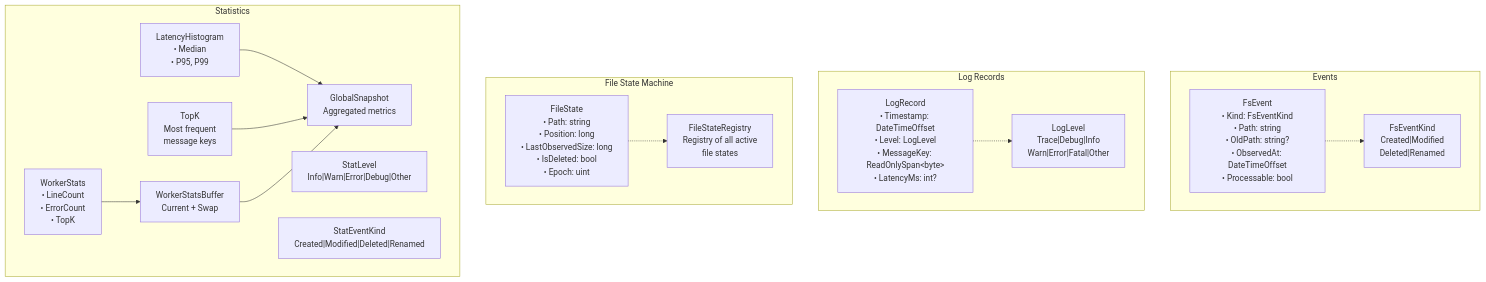
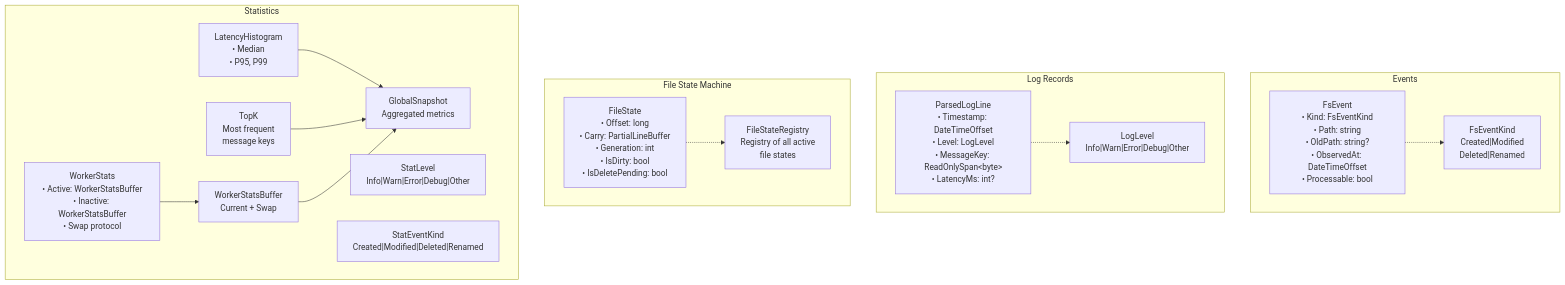
Before and after one commit to jvspeed74/LogWatcher: the third of 8 diagrams in docs/system_diagram.md, drawn with Mermaid. The commit also changed other lines of this file, not shown here.

First line of the commit message:
Fix pre-existing inaccuracies in system_diagram.md

````diff
--- a/docs/system_diagram.md
+++ b/docs/system_diagram.md
@@ -153,36 +153,36 @@
 ```mermaid
 graph TB
     subgraph Events["Events"]
         FEV["FsEvent<br/>• Kind: FsEventKind<br/>• Path: string<br/>• OldPath: string?<br/>• ObservedAt: DateTimeOffset<br/>• Processable: bool"]
         FEVK["FsEventKind<br/>Created|Modified<br/>Deleted|Renamed"]
     end
 
     subgraph Records["Log Records"]
-        LOGR["LogRecord<br/>• Timestamp: DateTimeOffset<br/>• Level: LogLevel<br/>• MessageKey: ReadOnlySpan&lt;byte&gt;<br/>• LatencyMs: int?"]
-        LOGLVL["LogLevel<br/>Trace|Debug|Info<br/>Warn|Error|Fatal|Other"]
+        LOGR["ParsedLogLine<br/>• Timestamp: DateTimeOffset<br/>• Level: LogLevel<br/>• MessageKey: ReadOnlySpan&lt;byte&gt;<br/>• LatencyMs: int?"]
+        LOGLVL["LogLevel<br/>Info|Warn|Error|Debug|Other"]
     end
 
     subgraph FileState["File State Machine"]
-        FSTATE["FileState<br/>• Path: string<br/>• Position: long<br/>• LastObservedSize: long<br/>• IsDeleted: bool<br/>• Epoch: uint"]
+        FSTATE["FileState<br/>• Offset: long<br/>• Carry: PartialLineBuffer<br/>• Generation: int<br/>• IsDirty: bool<br/>• IsDeletePending: bool"]
         FSREG["FileStateRegistry<br/>Registry of all active<br/>file states"]
     end
 
     subgraph Stats["Statistics"]
-        WS["WorkerStats<br/>• LineCount<br/>• ErrorCount<br/>• TopK"]
+        WS["WorkerStats<br/>• Active: WorkerStatsBuffer<br/>• Inactive: WorkerStatsBuffer<br/>• Swap protocol"]
         WSB["WorkerStatsBuffer<br/>Current + Swap"]
         LH["LatencyHistogram<br/>• Median<br/>• P95, P99"]
         TK["TopK<br/>Most frequent<br/>message keys"]
         GS["GlobalSnapshot<br/>Aggregated metrics"]
         SL["StatLevel<br/>Info|Warn|Error|Debug|Other"]
         SEK["StatEventKind<br/>Created|Modified|Deleted|Renamed"]
     end
 
     FEV -.-> FEVK
     LOGR -.-> LOGLVL
     FSTATE -.-> FSREG
     WS --> WSB
     LH --> GS
     TK --> GS
     WSB --> GS
 
 ```
````
